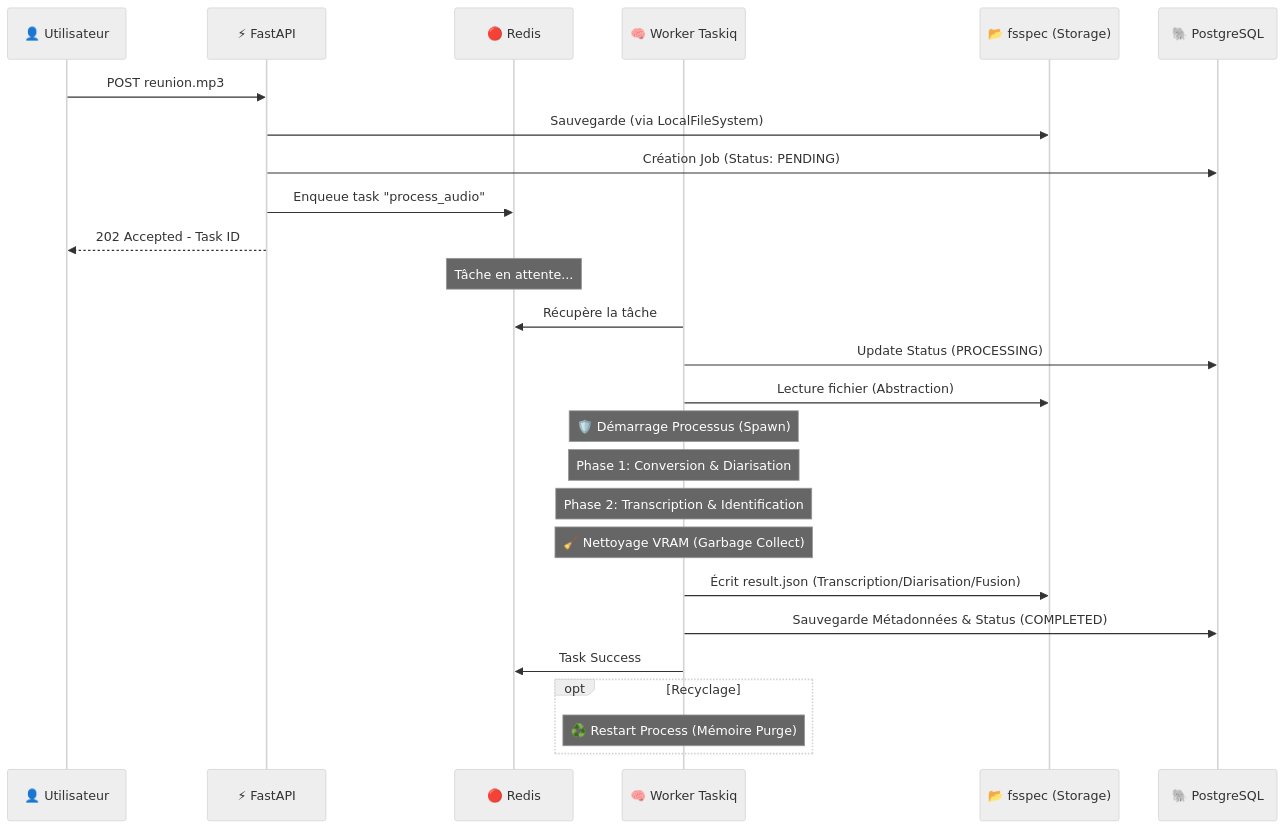
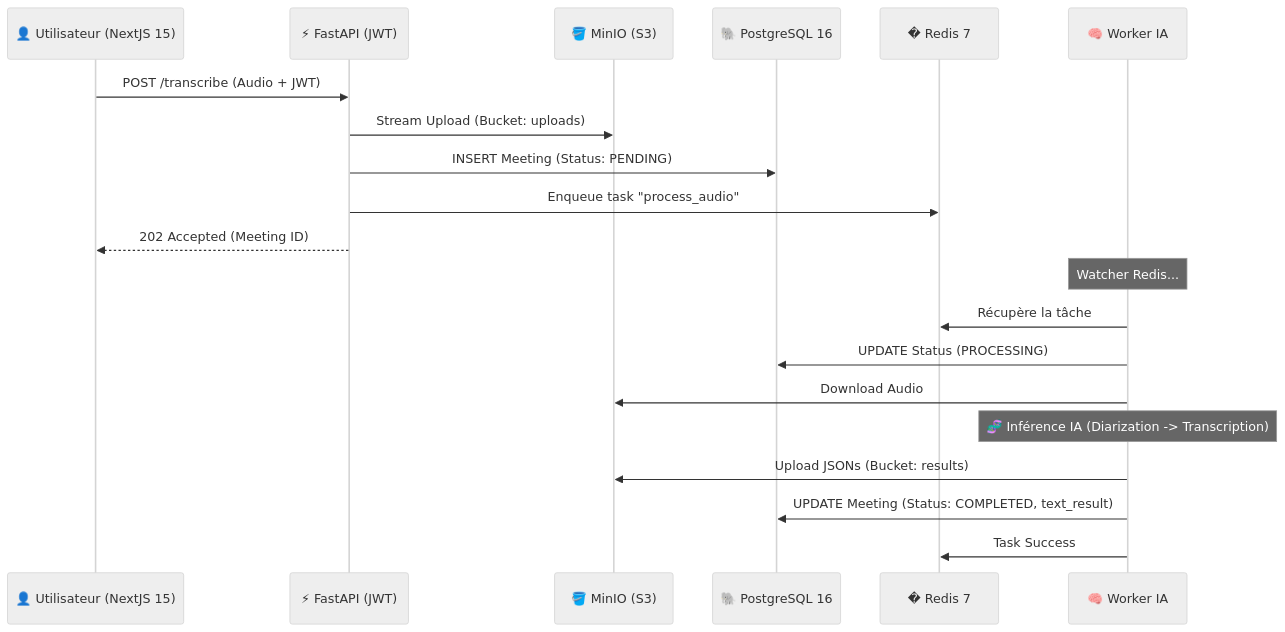
Before and after one commit to emmanuel-cabassot/smart-meeting-scribe: the diagram in ARCHITECTURE.md, drawn with Mermaid (neutral theme). The commit also changed other lines of this file and 62 other files, not shown here.

Commit message:
feat: migration vers architecture V5 avec Postgres et S3

````diff
--- a/ARCHITECTURE.md
+++ b/ARCHITECTURE.md
@@ -69,34 +63,27 @@
 ```mermaid
 sequenceDiagram
-    participant User as 👤 Utilisateur
-    participant API as ⚡ FastAPI
-    participant Redis as 🔴 Redis
-    participant Worker as 🧠 Worker Taskiq
-    participant FS as 📂 fsspec (Storage)
-    participant DB as 🐘 PostgreSQL
+    participant User as 👤 Utilisateur (NextJS 15)
+    participant API as ⚡ FastAPI (JWT)
+    participant S3 as 🪣 MinIO (S3)
+    participant DB as 🐘 PostgreSQL 16
+    participant Redis as � Redis 7
+    participant Worker as 🧠 Worker IA
 
-    User->>API: POST reunion.mp3
-    API->>FS: Sauvegarde (via LocalFileSystem)
-    API->>DB: Création Job (Status: PENDING)
+    User->>API: POST /transcribe (Audio + JWT)
+    API->>S3: Stream Upload (Bucket: uploads)
+    API->>DB: INSERT Meeting (Status: PENDING)
     API->>Redis: Enqueue task "process_audio"
-    API-->>User: 202 Accepted - Task ID
+    API-->>User: 202 Accepted (Meeting ID)
     
-    Note over Redis: Tâche en attente...
+    Note over Worker: Watcher Redis...
     
     Worker->>Redis: Récupère la tâche
-    Worker->>DB: Update Status (PROCESSING)
-    Worker->>FS: Lecture fichier (Abstraction)
+    Worker->>DB: UPDATE Status (PROCESSING)
+    Worker->>S3: Download Audio
     
-    Note over Worker: 🛡️ Démarrage Processus (Spawn)
-    Note over Worker: Phase 1: Conversion & Diarisation
-    Note over Worker: Phase 2: Transcription & Identification
-    Note over Worker: 🧹 Nettoyage VRAM (Garbage Collect)
+    Note over Worker: 🧬 Inférence IA (Diarization -> Transcription)
     
-    Worker->>FS: Écrit result.json (Transcription/Diarisation/Fusion)
-    Worker->>DB: Sauvegarde Métadonnées & Status (COMPLETED)
+    Worker->>S3: Upload JSONs (Bucket: results)
+    Worker->>DB: UPDATE Meeting (Status: COMPLETED, text_result)
     Worker->>Redis: Task Success
-    
-    opt Recyclage
-        Note over Worker: ♻️ Restart Process (Mémoire Purge)
-    end
 ```
````
